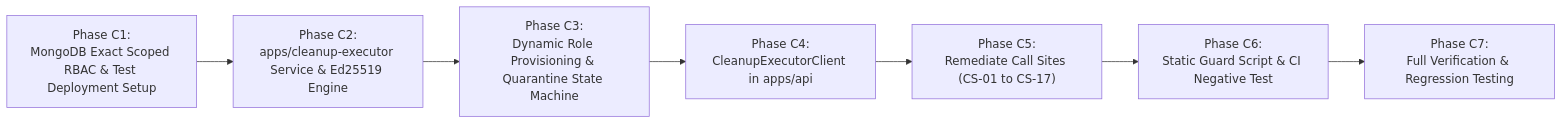
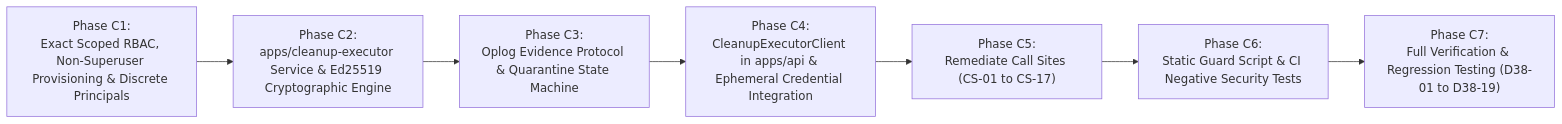
Before and after one commit to AmiTtiwari43/Decision-OS: the fourth of 4 diagrams in BATCH_4_V38_ARCHITECTURE_DECISION.md, drawn with Mermaid. The commit also changed other lines of this file, not shown here.

Commit message:
docs: harden batch 4 v3.8 worker identity and role provisioning

````diff
--- a/BATCH_4_V38_ARCHITECTURE_DECISION.md
+++ b/BATCH_4_V38_ARCHITECTURE_DECISION.md
@@ -864,9 +1131,16 @@
 ```mermaid
 flowchart LR
-    PhaseC1["Phase C1:\nMongoDB Exact Scoped RBAC & Test Deployment Setup"] --> PhaseC2["Phase C2:\napps/cleanup-executor Service & Ed25519 Engine"]
-    PhaseC2 --> PhaseC3["Phase C3:\nDynamic Role Provisioning & Quarantine State Machine"]
-    PhaseC3 --> PhaseC4["Phase C4:\nCleanupExecutorClient in apps/api"]
-    PhaseC4 --> PhaseC5["Phase C5:\nRemediate Call Sites (CS-01 to CS-17)"]
-    PhaseC5 --> PhaseC6["Phase C6:\nStatic Guard Script & CI Negative Test"]
-    PhaseC6 --> PhaseC7["Phase C7:\nFull Verification & Regression Testing"]
+    PhaseC1["Phase C1:
+Exact Scoped RBAC, Non-Superuser Provisioning & Discrete Principals"] --> PhaseC2["Phase C2:
+apps/cleanup-executor Service & Ed25519 Cryptographic Engine"]
+    PhaseC2 --> PhaseC3["Phase C3:
+Oplog Evidence Protocol & Quarantine State Machine"]
+    PhaseC3 --> PhaseC4["Phase C4:
+CleanupExecutorClient in apps/api & Ephemeral Credential Integration"]
+    PhaseC4 --> PhaseC5["Phase C5:
+Remediate Call Sites (CS-01 to CS-17)"]
+    PhaseC5 --> PhaseC6["Phase C6:
+Static Guard Script & CI Negative Security Tests"]
+    PhaseC6 --> PhaseC7["Phase C7:
+Full Verification & Regression Testing (D38-01 to D38-19)"]
 ```
````
